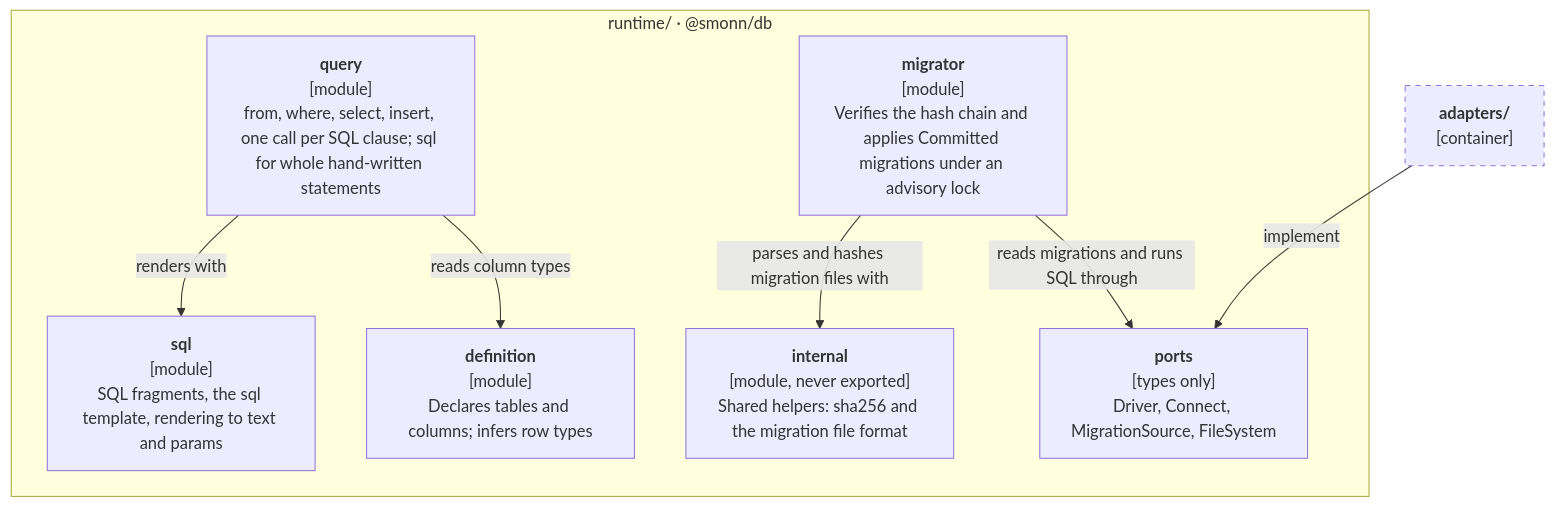
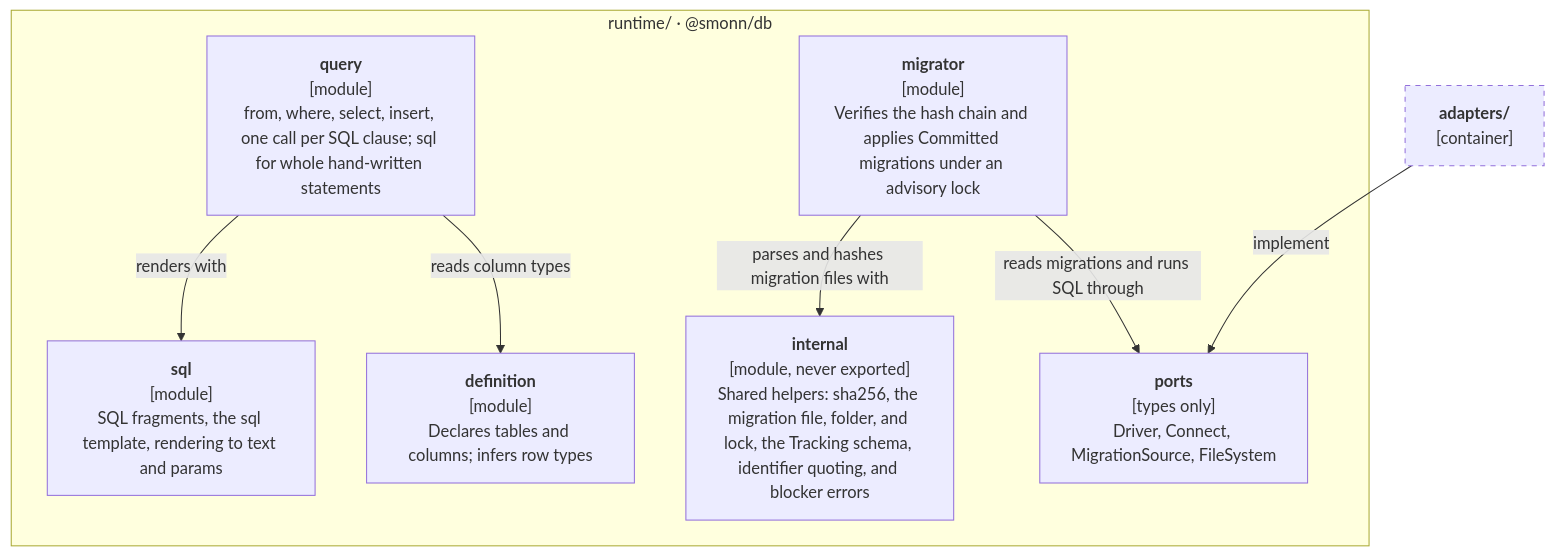
One commit to smonn/db changed the second of 4 diagrams in docs/architecture/README.md. Above: the diagram before and after it, drawn with Mermaid. The commit also changed other lines of this file and 4 other files, not shown here.

First line of the commit message:
docs(architecture): trim the split docs and cap their word counts (#519)

````diff
--- a/docs/architecture/README.md
+++ b/docs/architecture/README.md
@@ -44,22 +46,22 @@
 ```mermaid
 flowchart TB
   subgraph runtime["runtime/ · @smonn/db"]
     definition["<b>definition</b><br/>[module]<br/>Declares tables and columns; infers row types"]
     query["<b>query</b><br/>[module]<br/>from, where, select, insert, one call per SQL clause; sql for whole hand-written statements"]
     sql["<b>sql</b><br/>[module]<br/>SQL fragments, the sql template, rendering to text and params"]
     migrator["<b>migrator</b><br/>[module]<br/>Verifies the hash chain and applies Committed migrations under an advisory lock"]
     ports["<b>ports</b><br/>[types only]<br/>Driver, Connect, MigrationSource, FileSystem"]
-    internal["<b>internal</b><br/>[module, never exported]<br/>Shared helpers: sha256 and the migration file format"]
+    internal["<b>internal</b><br/>[module, never exported]<br/>Shared helpers: sha256, the migration file, folder, and lock, the Tracking schema, identifier quoting, and blocker errors"]
   end
 
   adapters["<b>adapters/</b><br/>[container]"]
 
   query -- "reads column types" --> definition
   query -- "renders with" --> sql
   migrator -- "reads migrations and runs SQL through" --> ports
   migrator -- "parses and hashes migration files with" --> internal
   adapters -- "implement" --> ports
 
   classDef external stroke-dasharray: 5 5
   class adapters external
 ```
````
